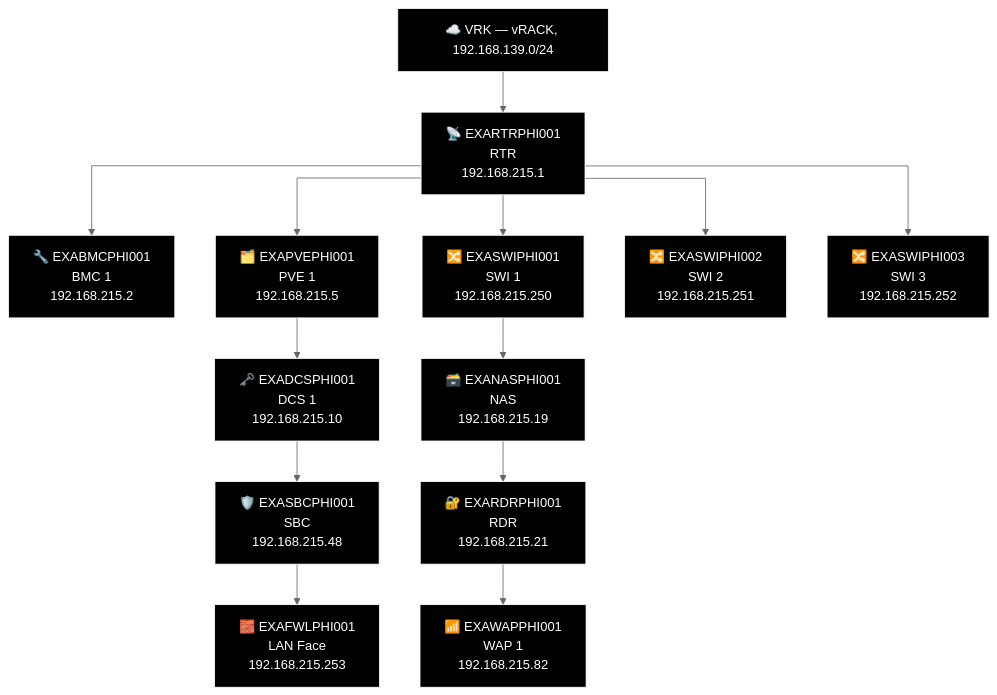
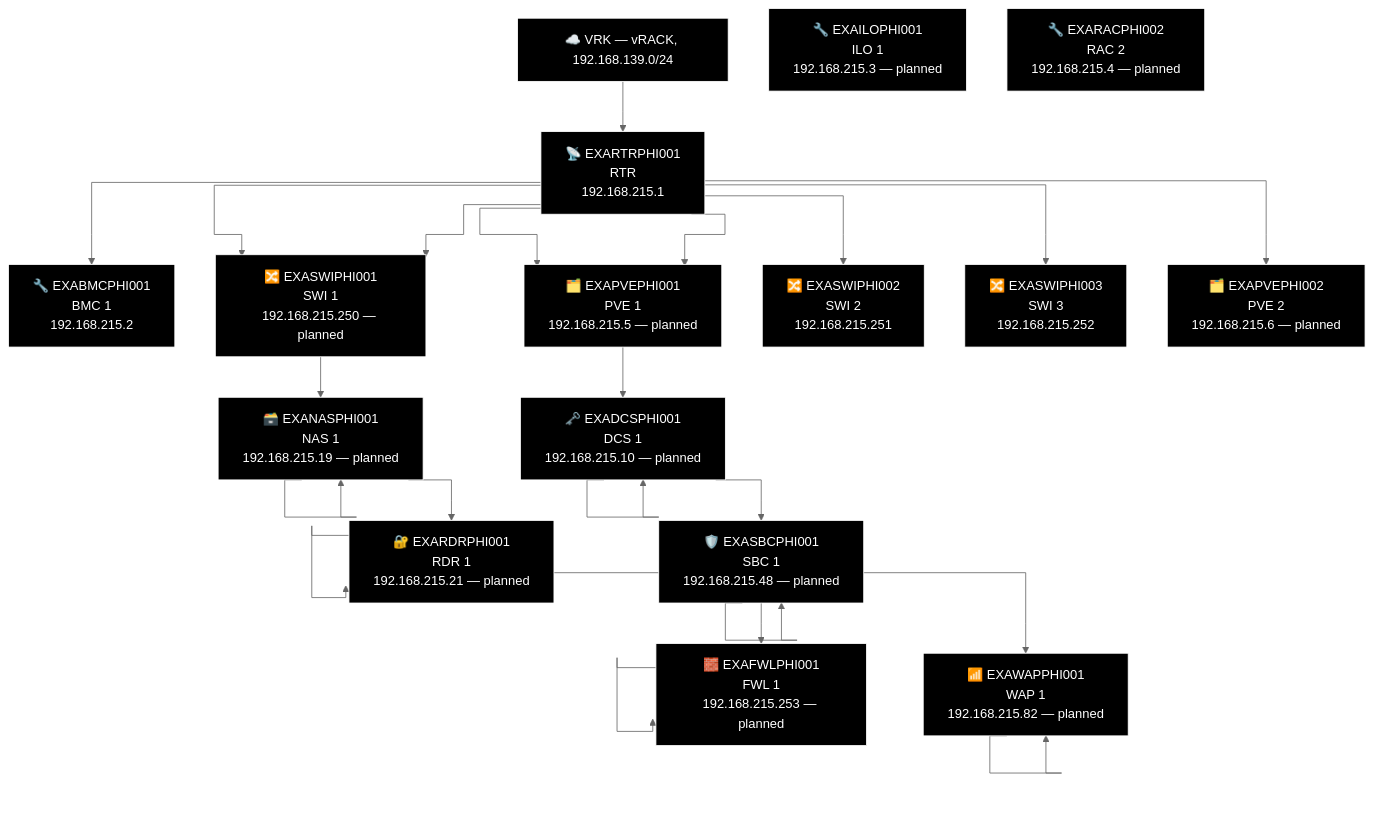
Diagram 20 of 21 in docs/network-diagram/united-states.md (knightmare2600/example_music_infra), drawn with Mermaid (neutral theme) before and after one commit. The commit also changed other lines of this file and 10 other files, not shown here.

````diff
--- a/docs/network-diagram/united-states.md
+++ b/docs/network-diagram/united-states.md
@@ -751,40 +851,65 @@
 ```mermaid
 %% GENERATED:TOPOLOGY:PHI:START
 %%{init: {'flowchart': {'curve': 'stepAfter'}}}%%
 graph TD
     T_VRK["☁️ VRK — vRACK, 192.168.139.0/24"]
     T_RTR["📡 EXARTRPHI001<br/>RTR<br/>192.168.215.1"]
     T_VRK --> T_RTR
     T_BMC["🔧 EXABMCPHI001<br/>BMC 1<br/>192.168.215.2"]
     T_RTR --> T_BMC
     T_PVE["🗂️ EXAPVEPHI001<br/>PVE 1<br/>192.168.215.5"]
     T_RTR --> T_PVE
     T_SWI["🔀 EXASWIPHI001<br/>SWI 1<br/>192.168.215.250"]
     T_RTR --> T_SWI
     T_SWI2["🔀 EXASWIPHI002<br/>SWI 2<br/>192.168.215.251"]
     T_RTR --> T_SWI2
     T_SWI3["🔀 EXASWIPHI003<br/>SWI 3<br/>192.168.215.252"]
     T_RTR --> T_SWI3
+    T_SWI["🔀 EXASWIPHI001<br/>SWI 1<br/>192.168.215.250 — planned"]
+    T_RTR --> T_SWI
+    T_PVE["🗂️ EXAPVEPHI001<br/>PVE 1<br/>192.168.215.5 — planned"]
+    T_RTR --> T_PVE
+    T_PVE2["🗂️ EXAPVEPHI002<br/>PVE 2<br/>192.168.215.6 — planned"]
+    T_RTR --> T_PVE2
     T_NAS["🗃️ EXANASPHI001<br/>NAS<br/>192.168.215.19"]
+    T_NAS["🗃️ EXANASPHI001<br/>NAS 1<br/>192.168.215.19 — planned"]
     T_RDR["🔐 EXARDRPHI001<br/>RDR<br/>192.168.215.21"]
+    T_RDR["🔐 EXARDRPHI001<br/>RDR 1<br/>192.168.215.21 — planned"]
     T_WAP["📶 EXAWAPPHI001<br/>WAP 1<br/>192.168.215.82"]
-    T_SWI --> T_NAS --> T_RDR --> T_WAP
+    T_WAP["📶 EXAWAPPHI001<br/>WAP 1<br/>192.168.215.82 — planned"]
+    T_SWI --> T_NAS --> T_NAS --> T_RDR --> T_RDR --> T_WAP --> T_WAP
     T_DCS["🗝️ EXADCSPHI001<br/>DCS 1<br/>192.168.215.10"]
+    T_DCS["🗝️ EXADCSPHI001<br/>DCS 1<br/>192.168.215.10 — planned"]
     T_SBC["🛡️ EXASBCPHI001<br/>SBC<br/>192.168.215.48"]
+    T_SBC["🛡️ EXASBCPHI001<br/>SBC 1<br/>192.168.215.48 — planned"]
     T_FWL["🧱 EXAFWLPHI001<br/>LAN Face<br/>192.168.215.253"]
-    T_PVE --> T_DCS --> T_SBC --> T_FWL
+    T_FWL["🧱 EXAFWLPHI001<br/>FWL 1<br/>192.168.215.253 — planned"]
+    T_PVE --> T_DCS --> T_DCS --> T_SBC --> T_SBC --> T_FWL --> T_FWL
+    T_ILO["🔧 EXAILOPHI001<br/>ILO 1<br/>192.168.215.3 — planned"]
+    T_RAC["🔧 EXARACPHI002<br/>RAC 2<br/>192.168.215.4 — planned"]
     style T_VRK fill:#000000,stroke:#FFFFFF,color:#FFFFFF
     style T_RTR fill:#000000,stroke:#FFFFFF,color:#FFFFFF
     style T_BMC fill:#000000,stroke:#FFFFFF,color:#FFFFFF
     style T_PVE fill:#000000,stroke:#FFFFFF,color:#FFFFFF
     style T_SWI fill:#000000,stroke:#FFFFFF,color:#FFFFFF
     style T_SWI2 fill:#000000,stroke:#FFFFFF,color:#FFFFFF
     style T_SWI3 fill:#000000,stroke:#FFFFFF,color:#FFFFFF
+    style T_SWI fill:#000000,stroke:#FFFFFF,color:#FFFFFF
+    style T_PVE fill:#000000,stroke:#FFFFFF,color:#FFFFFF
+    style T_PVE2 fill:#000000,stroke:#FFFFFF,color:#FFFFFF
+    style T_NAS fill:#000000,stroke:#FFFFFF,color:#FFFFFF
     style T_NAS fill:#000000,stroke:#FFFFFF,color:#FFFFFF
     style T_RDR fill:#000000,stroke:#FFFFFF,color:#FFFFFF
+    style T_RDR fill:#000000,stroke:#FFFFFF,color:#FFFFFF
+    style T_WAP fill:#000000,stroke:#FFFFFF,color:#FFFFFF
     style T_WAP fill:#000000,stroke:#FFFFFF,color:#FFFFFF
     style T_DCS fill:#000000,stroke:#FFFFFF,color:#FFFFFF
+    style T_DCS fill:#000000,stroke:#FFFFFF,color:#FFFFFF
+    style T_SBC fill:#000000,stroke:#FFFFFF,color:#FFFFFF
     style T_SBC fill:#000000,stroke:#FFFFFF,color:#FFFFFF
     style T_FWL fill:#000000,stroke:#FFFFFF,color:#FFFFFF
+    style T_FWL fill:#000000,stroke:#FFFFFF,color:#FFFFFF
+    style T_ILO fill:#000000,stroke:#FFFFFF,color:#FFFFFF
+    style T_RAC fill:#000000,stroke:#FFFFFF,color:#FFFFFF
 %% GENERATED:TOPOLOGY:PHI:END
 ```
````
